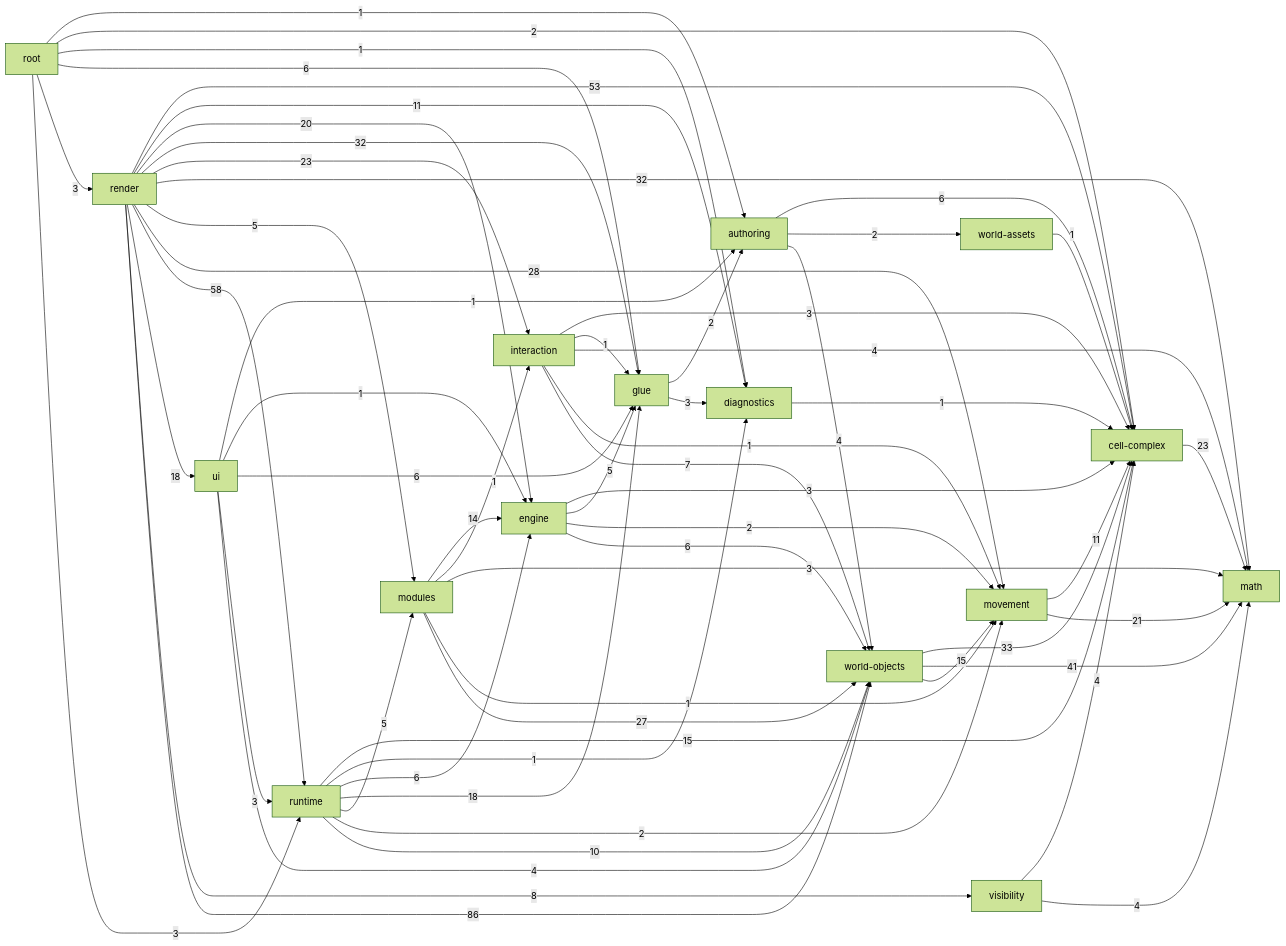
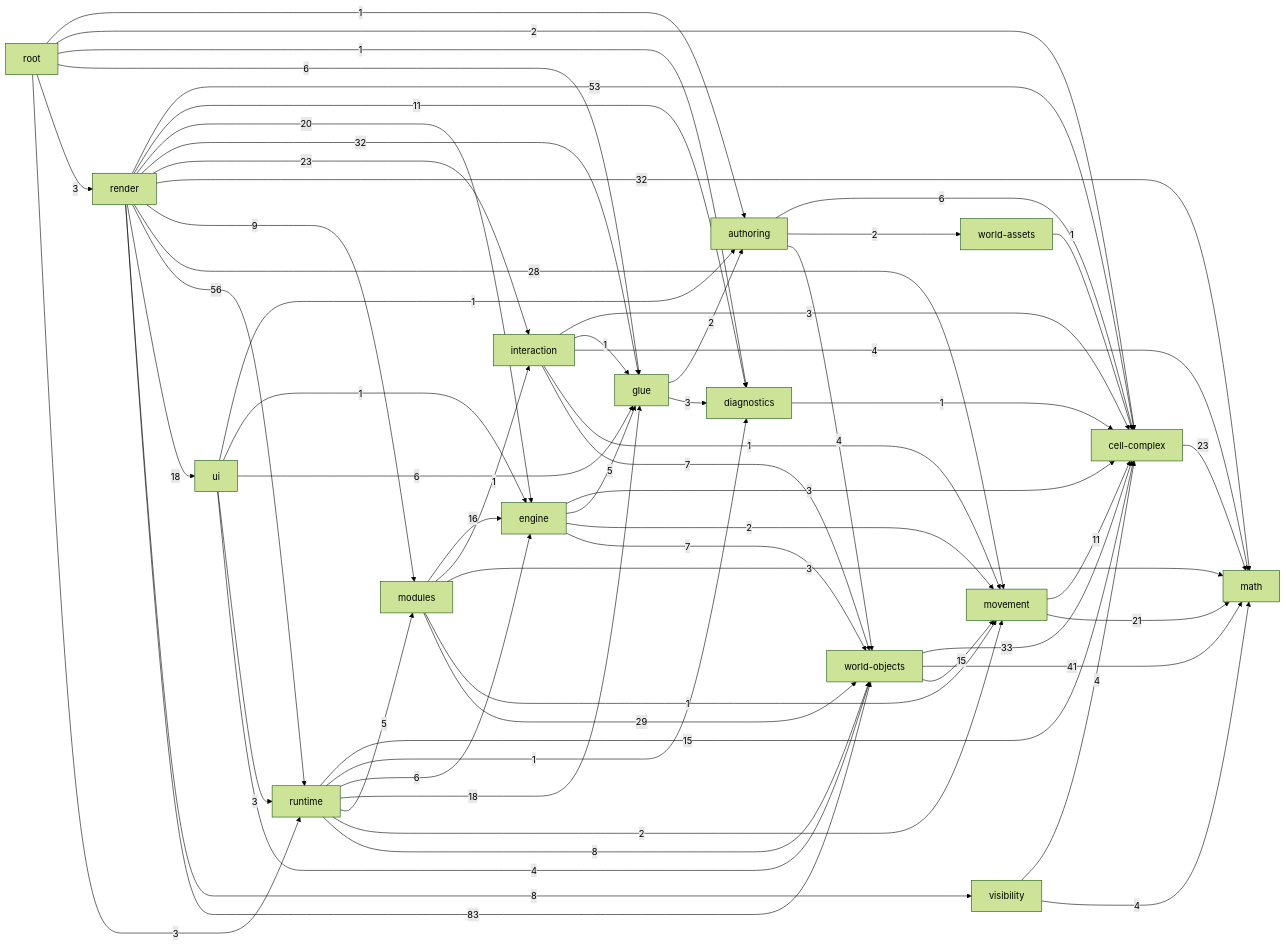
One commit to guraltsev/noneuclid-fpv changed the diagram in _docs/generated/ARCHITECTURE_REFERENCE.md. Above: the diagram before and after it, drawn with Mermaid (forest theme). The commit also changed other lines of this file and 42 other files, not shown here.

````diff
--- a/_docs/generated/ARCHITECTURE_REFERENCE.md
+++ b/_docs/generated/ARCHITECTURE_REFERENCE.md
@@ -37,78 +37,78 @@
 ```mermaid
 flowchart LR
   math["math"]
   cell_complex["cell-complex"]
   diagnostics["diagnostics"]
   visibility["visibility"]
   movement["movement"]
   world_assets["world-assets"]
   world_objects["world-objects"]
   authoring["authoring"]
   glue["glue"]
   interaction["interaction"]
   engine["engine"]
   modules["modules"]
   runtime["runtime"]
   ui["ui"]
   render["render"]
   root["root"]
   authoring -->|6| cell_complex
   authoring -->|2| world_assets
   authoring -->|4| world_objects
   cell_complex -->|23| math
   diagnostics -->|1| cell_complex
   engine -->|3| cell_complex
   engine -->|5| glue
   engine -->|2| movement
-  engine -->|6| world_objects
+  engine -->|7| world_objects
   glue -->|2| authoring
   glue -->|3| diagnostics
   interaction -->|3| cell_complex
   interaction -->|1| glue
   interaction -->|4| math
   interaction -->|1| movement
   interaction -->|7| world_objects
-  modules -->|14| engine
+  modules -->|16| engine
   modules -->|1| interaction
   modules -->|3| math
   modules -->|1| movement
-  modules -->|27| world_objects
+  modules -->|29| world_objects
   movement -->|11| cell_complex
   movement -->|21| math
   render -->|53| cell_complex
   render -->|11| diagnostics
   render -->|20| engine
   render -->|32| glue
   render -->|23| interaction
   render -->|32| math
-  render -->|5| modules
+  render -->|9| modules
   render -->|28| movement
-  render -->|58| runtime
+  render -->|56| runtime
   render -->|18| ui
   render -->|8| visibility
-  render -->|86| world_objects
+  render -->|83| world_objects
   root -->|1| authoring
   root -->|2| cell_complex
   root -->|1| diagnostics
   root -->|6| glue
   root -->|3| render
   root -->|3| runtime
   runtime -->|15| cell_complex
   runtime -->|1| diagnostics
   runtime -->|6| engine
   runtime -->|18| glue
   runtime -->|5| modules
   runtime -->|2| movement
-  runtime -->|10| world_objects
+  runtime -->|8| world_objects
   ui -->|1| authoring
   ui -->|1| engine
   ui -->|6| glue
   ui -->|3| runtime
   ui -->|4| world_objects
   visibility -->|4| cell_complex
   visibility -->|4| math
   world_assets -->|1| cell_complex
   world_objects -->|33| cell_complex
   world_objects -->|41| math
   world_objects -->|15| movement
 ```
````
